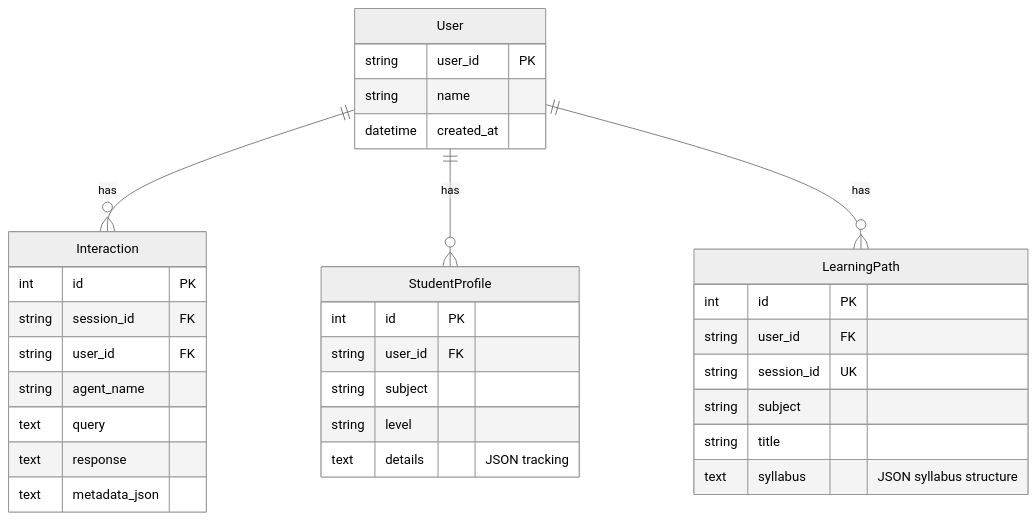
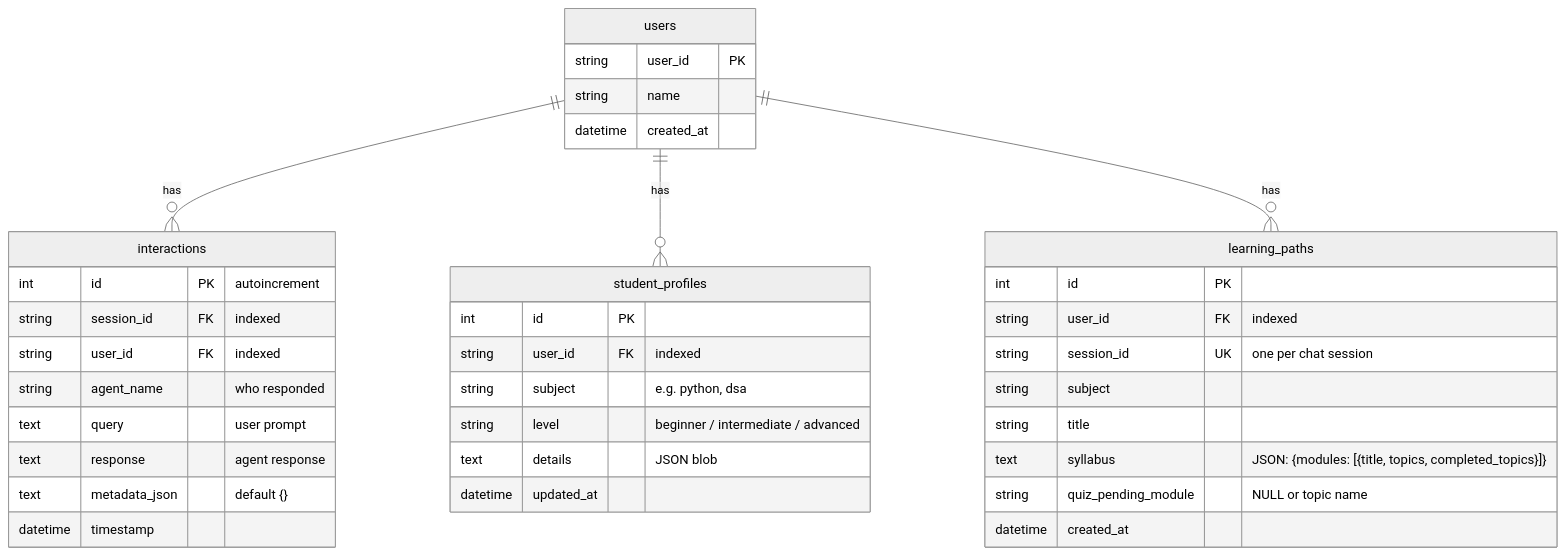
The second of 4 diagrams in ARCHITECTURE.md (iayanbhunia/AI-Tutor---Multi-Agent-Learning-Platform), drawn with Mermaid (neutral theme) before and after one commit. The commit also changed other lines of this file and 24 other files, not shown here.

````diff
--- a/ARCHITECTURE.md
+++ b/ARCHITECTURE.md
@@ -101,39 +662,43 @@
 ```mermaid
 erDiagram
-    User ||--o{ Interaction : "has"
-    User ||--o{ StudentProfile : "has"
-    User ||--o{ LearningPath : "has"
+    users ||--o{ interactions : "has"
+    users ||--o{ student_profiles : "has"
+    users ||--o{ learning_paths : "has"
 
-    User {
+    users {
         string user_id PK
         string name
         datetime created_at
     }
 
-    Interaction {
-        int id PK
-        string session_id FK
-        string user_id FK
-        string agent_name
-        text query
-        text response
-        text metadata_json
+    interactions {
+        int id PK "autoincrement"
+        string session_id FK "indexed"
+        string user_id FK "indexed"
+        string agent_name "who responded"
+        text query "user prompt"
+        text response "agent response"
+        text metadata_json "default {}"
+        datetime timestamp
     }
 
-    StudentProfile {
+    student_profiles {
         int id PK
-        string user_id FK
-        string subject
-        string level
-        text details "JSON tracking"
+        string user_id FK "indexed"
+        string subject "e.g. python, dsa"
+        string level "beginner / intermediate / advanced"
+        text details "JSON blob"
+        datetime updated_at
     }
 
-    LearningPath {
+    learning_paths {
         int id PK
-        string user_id FK
-        string session_id UK
+        string user_id FK "indexed"
+        string session_id UK "one per chat session"
         string subject
         string title
-        text syllabus "JSON syllabus structure"
+        text syllabus "JSON: {modules: [{title, topics, completed_topics}]}"
+        string quiz_pending_module "NULL or topic name"
+        datetime created_at
     }
 ```
````
